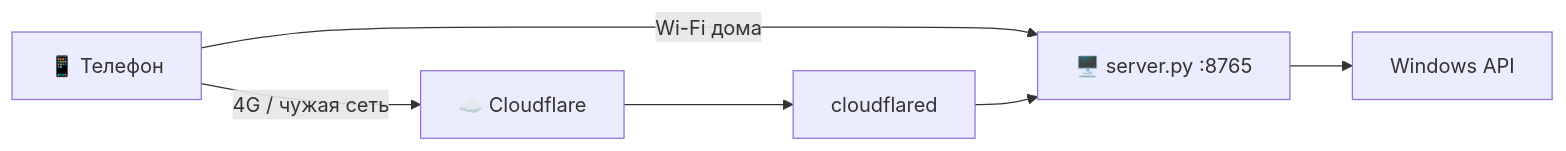
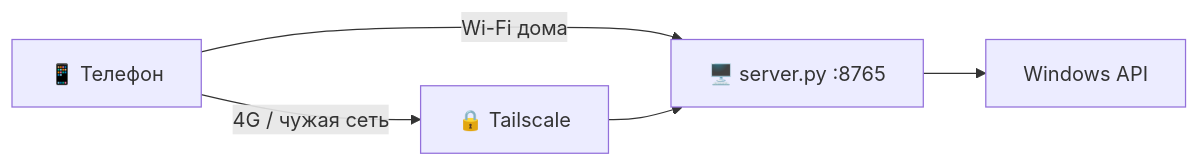
Before and after one commit to Fersiya/PhoneV2-server: the diagram in README.md, drawn with Mermaid. The commit also changed other lines of this file and 6 other files, not shown here.

First line of the commit message:
Убран Cloudflare-туннель и ntfy/UPnP (архив: ветка archive/cloudflare-tunnel); вне дома — Tailscale, 1.4.0

````diff
--- a/README.md
+++ b/README.md
@@ -58,6 +58,6 @@
 ```mermaid
 flowchart LR
     P[📱 Телефон] -- Wi-Fi дома --> S[🖥️ server.py :8765]
-    P -- 4G / чужая сеть --> C[☁️ Cloudflare] --> T[cloudflared] --> S
+    P -- 4G / чужая сеть --> V[🔒 Tailscale] --> S
     S --> W[Windows API]
 ```
````
